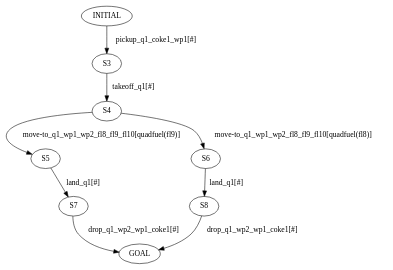
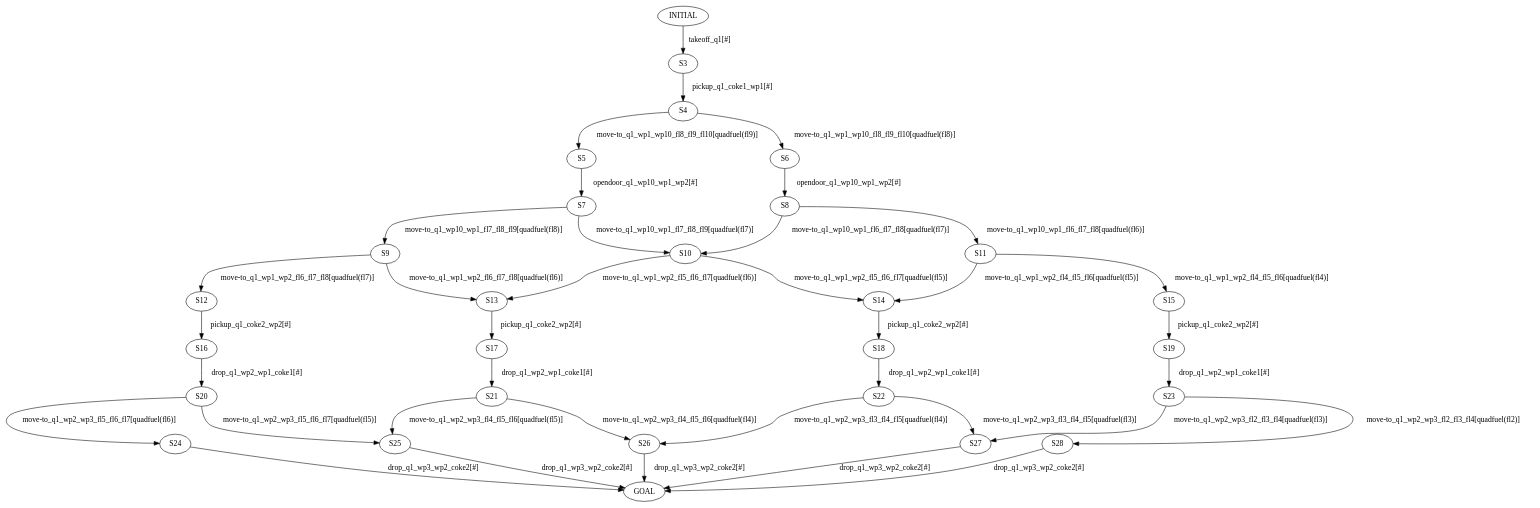
Before and after one commit to nogueiravinicius/DOTplan: the diagram in xdot/resources/ExecutionINFO/graph.dot, drawn with Graphviz. The commit also changed 19 other files, not shown here.

```diff
--- a/xdot/resources/ExecutionINFO/graph.dot
+++ b/xdot/resources/ExecutionINFO/graph.dot
@@ -1,27 +1,105 @@
 digraph  {
 	node [label="\N"];
 	1	 [label=INITIAL];
 	3	 [label=S3];
 	1 -> 3 [key=0,
-	label="pickup_q1_coke1_wp1[#]"];
+	label="takeoff_q1[#]"];
 2 [label=GOAL];
 4 [label=S4];
 3 -> 4 [key=0,
-label="takeoff_q1[#]"];
+label="pickup_q1_coke1_wp1[#]"];
 5 [label=S5];
 4 -> 5 [key=0,
-label="move-to_q1_wp1_wp2_fl8_fl9_fl10[quadfuel(fl9)]"];
+label="move-to_q1_wp1_wp10_fl8_fl9_fl10[quadfuel(fl9)]"];
 6 [label=S6];
 4 -> 6 [key=0,
-label="move-to_q1_wp1_wp2_fl8_fl9_fl10[quadfuel(fl8)]"];
+label="move-to_q1_wp1_wp10_fl8_fl9_fl10[quadfuel(fl8)]"];
 7 [label=S7];
 5 -> 7 [key=0,
-label="land_q1[#]"];
+label="opendoor_q1_wp10_wp1_wp2[#]"];
 8 [label=S8];
 6 -> 8 [key=0,
-label="land_q1[#]"];
-7 -> 2 [key=0,
+label="opendoor_q1_wp10_wp1_wp2[#]"];
+9 [label=S9];
+7 -> 9 [key=0,
+label="move-to_q1_wp10_wp1_fl7_fl8_fl9[quadfuel(fl8)]"];
+10 [label=S10];
+7 -> 10 [key=0,
+label="move-to_q1_wp10_wp1_fl7_fl8_fl9[quadfuel(fl7)]"];
+8 -> 10 [key=0,
+label="move-to_q1_wp10_wp1_fl6_fl7_fl8[quadfuel(fl7)]"];
+11 [label=S11];
+8 -> 11 [key=0,
+label="move-to_q1_wp10_wp1_fl6_fl7_fl8[quadfuel(fl6)]"];
+12 [label=S12];
+9 -> 12 [key=0,
+label="move-to_q1_wp1_wp2_fl6_fl7_fl8[quadfuel(fl7)]"];
+13 [label=S13];
+9 -> 13 [key=0,
+label="move-to_q1_wp1_wp2_fl6_fl7_fl8[quadfuel(fl6)]"];
+10 -> 13 [key=0,
+label="move-to_q1_wp1_wp2_fl5_fl6_fl7[quadfuel(fl6)]"];
+14 [label=S14];
+10 -> 14 [key=0,
+label="move-to_q1_wp1_wp2_fl5_fl6_fl7[quadfuel(fl5)]"];
+11 -> 14 [key=0,
+label="move-to_q1_wp1_wp2_fl4_fl5_fl6[quadfuel(fl5)]"];
+15 [label=S15];
+11 -> 15 [key=0,
+label="move-to_q1_wp1_wp2_fl4_fl5_fl6[quadfuel(fl4)]"];
+16 [label=S16];
+12 -> 16 [key=0,
+label="pickup_q1_coke2_wp2[#]"];
+17 [label=S17];
+13 -> 17 [key=0,
+label="pickup_q1_coke2_wp2[#]"];
+18 [label=S18];
+14 -> 18 [key=0,
+label="pickup_q1_coke2_wp2[#]"];
+19 [label=S19];
+15 -> 19 [key=0,
+label="pickup_q1_coke2_wp2[#]"];
+20 [label=S20];
+16 -> 20 [key=0,
 label="drop_q1_wp2_wp1_coke1[#]"];
-8 -> 2 [key=0,
+21 [label=S21];
+17 -> 21 [key=0,
 label="drop_q1_wp2_wp1_coke1[#]"];
+22 [label=S22];
+18 -> 22 [key=0,
+label="drop_q1_wp2_wp1_coke1[#]"];
+23 [label=S23];
+19 -> 23 [key=0,
+label="drop_q1_wp2_wp1_coke1[#]"];
+24 [label=S24];
+20 -> 24 [key=0,
+label="move-to_q1_wp2_wp3_fl5_fl6_fl7[quadfuel(fl6)]"];
+25 [label=S25];
+20 -> 25 [key=0,
+label="move-to_q1_wp2_wp3_fl5_fl6_fl7[quadfuel(fl5)]"];
+21 -> 25 [key=0,
+label="move-to_q1_wp2_wp3_fl4_fl5_fl6[quadfuel(fl5)]"];
+26 [label=S26];
+21 -> 26 [key=0,
+label="move-to_q1_wp2_wp3_fl4_fl5_fl6[quadfuel(fl4)]"];
+22 -> 26 [key=0,
+label="move-to_q1_wp2_wp3_fl3_fl4_fl5[quadfuel(fl4)]"];
+27 [label=S27];
+22 -> 27 [key=0,
+label="move-to_q1_wp2_wp3_fl3_fl4_fl5[quadfuel(fl3)]"];
+23 -> 27 [key=0,
+label="move-to_q1_wp2_wp3_fl2_fl3_fl4[quadfuel(fl3)]"];
+28 [label=S28];
+23 -> 28 [key=0,
+label="move-to_q1_wp2_wp3_fl2_fl3_fl4[quadfuel(fl2)]"];
+24 -> 2 [key=0,
+label="drop_q1_wp3_wp2_coke2[#]"];
+25 -> 2 [key=0,
+label="drop_q1_wp3_wp2_coke2[#]"];
+26 -> 2 [key=0,
+label="drop_q1_wp3_wp2_coke2[#]"];
+27 -> 2 [key=0,
+label="drop_q1_wp3_wp2_coke2[#]"];
+28 -> 2 [key=0,
+label="drop_q1_wp3_wp2_coke2[#]"];
 }
```
